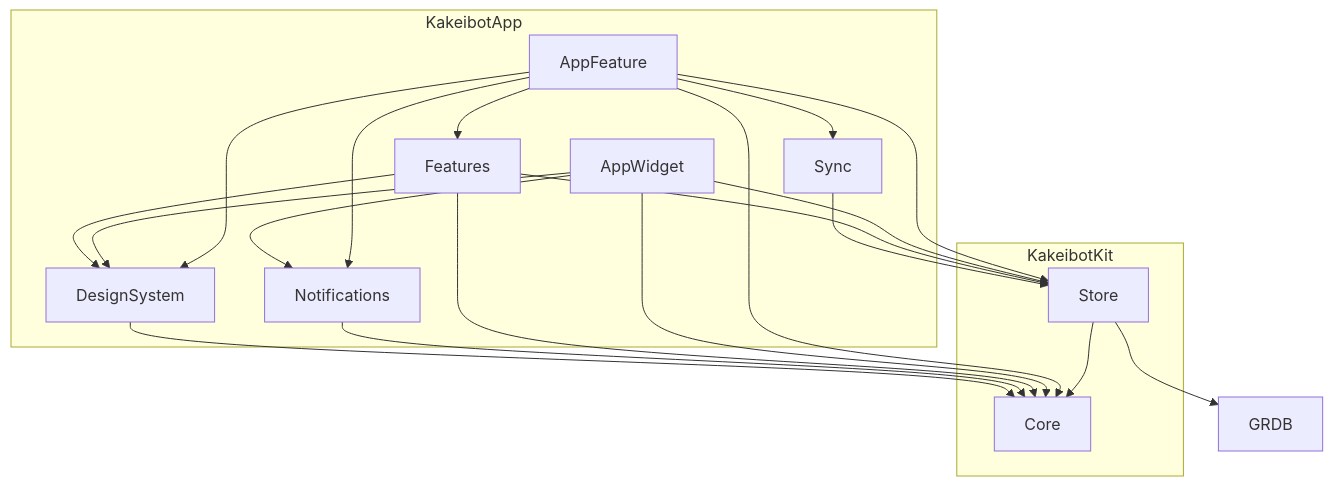
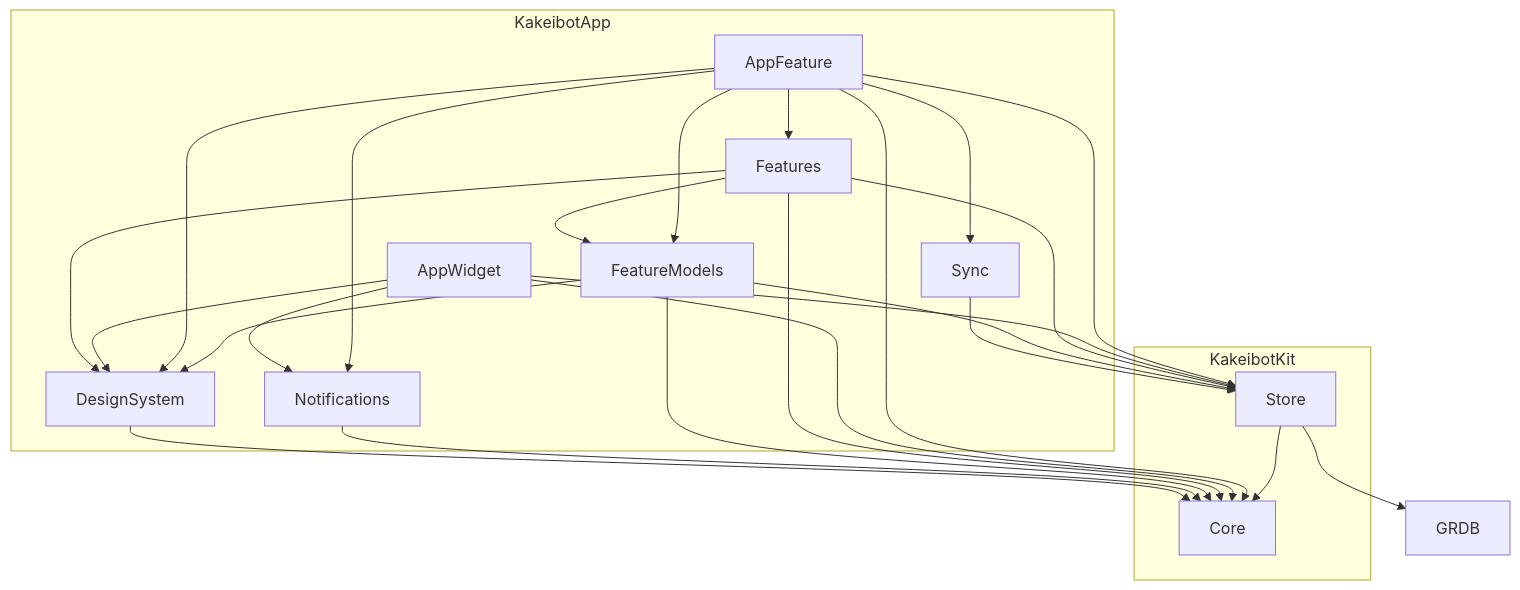
The diagram in docs/architecture-packages.md (yossibank/kakeibot), drawn with Mermaid before and after one commit. The commit also changed other lines of this file and 572 other files, not shown here.

First line of the commit message:
refactor: split the feature models into their own module (#514)

````diff
--- a/docs/architecture-packages.md
+++ b/docs/architecture-packages.md
@@ -18,25 +19,30 @@
 ```mermaid
 flowchart TD
     subgraph app["KakeibotApp"]
         AppFeature --> Features
+        AppFeature --> FeatureModels
+        Features --> FeatureModels
+        FeatureModels --> DesignSystem
         AppFeature --> Notifications
         AppFeature --> Sync
         AppFeature --> DesignSystem
         AppWidget --> Notifications
         AppWidget --> DesignSystem
         Features --> DesignSystem
     end
     subgraph kit["KakeibotKit"]
         Store --> Core
     end
     AppFeature --> Store
     AppWidget --> Store
     Features --> Store
+    FeatureModels --> Store
     Sync --> Store
     AppFeature --> Core
     AppWidget --> Core
     Features --> Core
+    FeatureModels --> Core
     Notifications --> Core
     DesignSystem --> Core
     Store --> GRDB
 ```
````
